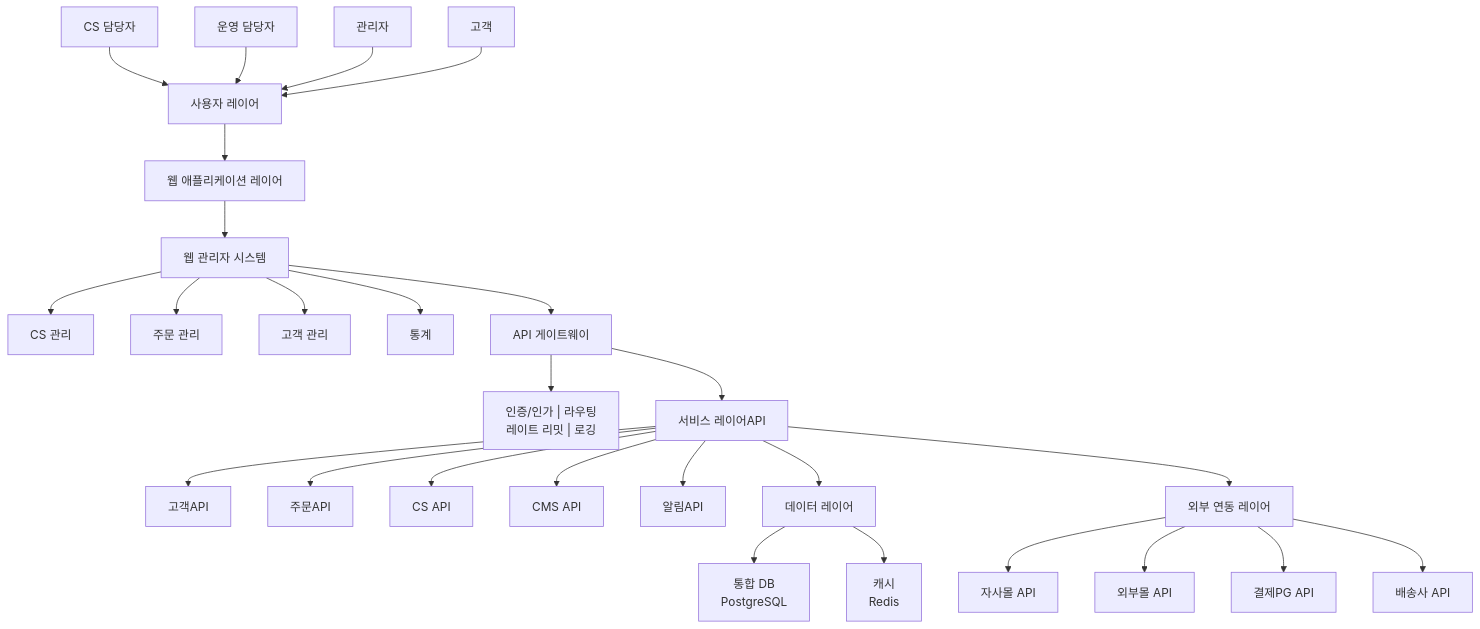
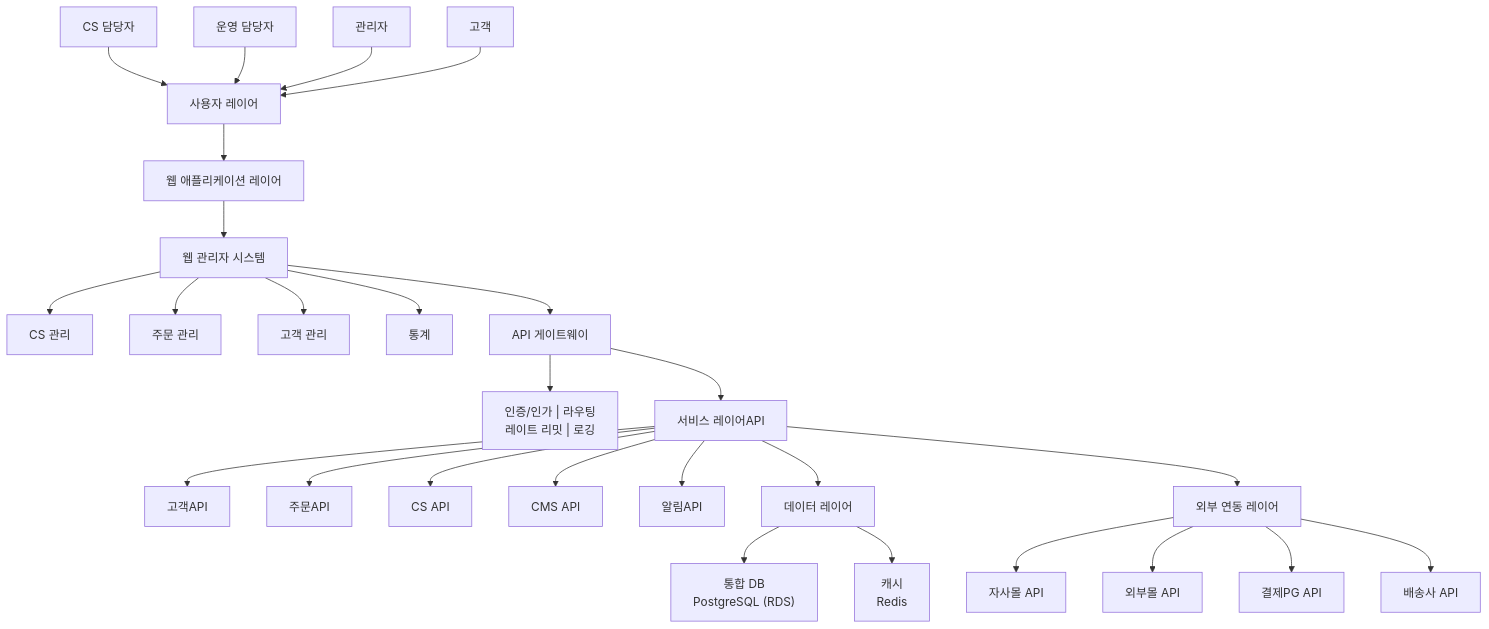
The first of 4 diagrams in src/content/docs/goodthinking-isp/04-design/web-architecture.md (sknkwoxs/manual-book), drawn with Mermaid before and after one commit. The commit also changed other lines of this file and 3 other files, not shown here.

Commit message:
docs(goodthinking-isp): MSSQL→PostgreSQL 전환, AWS 인프라 비용 산정 (Prod+Staging+Bastion, 전환기간 이중운영 포함)

````diff
--- a/src/content/docs/goodthinking-isp/04-design/web-architecture.md
+++ b/src/content/docs/goodthinking-isp/04-design/web-architecture.md
@@ -16,67 +16,67 @@
 ```mermaid
 graph TD
     Users["사용자 레이어"]
     CS["CS 담당자"]
     OP["운영 담당자"]
     ADMIN["관리자"]
     CUST["고객"]
     
     Web["웹 애플리케이션 레이어"]
     WebAdmin["웹 관리자 시스템"]
     CSM["CS 관리"]
     OM["주문 관리"]
     CM["고객 관리"]
     STAT["통계"]
     
     APIGW["API 게이트웨이"]
     APIGW_ITEMS["인증/인가 | 라우팅<br/>레이트 리밋 | 로깅"]
     
     Services["서비스 레이어API"]
     CustAPI["고객API"]
     OrderAPI["주문API"]
     CSAPI["CS API"]
     CMSAPI["CMS API"]
     NotifAPI["알림API"]
     
     Data["데이터 레이어"]
-    DB["통합 DB<br/>PostgreSQL"]
+    DB["통합 DB<br/>PostgreSQL (RDS)"]
     Cache["캐시<br/>Redis"]
     
     External["외부 연동 레이어"]
     OwnMall["자사몰 API"]
     ExtMall["외부몰 API"]
     PG["결제PG API"]
     Delivery["배송사 API"]
     
     CS --> Users
     OP --> Users
     ADMIN --> Users
     CUST --> Users
     
     Users --> Web
     Web --> WebAdmin
     WebAdmin --> CSM
     WebAdmin --> OM
     WebAdmin --> CM
     WebAdmin --> STAT
     
     WebAdmin --> APIGW
     APIGW --> APIGW_ITEMS
     
     APIGW --> Services
     Services --> CustAPI
     Services --> OrderAPI
     Services --> CSAPI
     Services --> CMSAPI
     Services --> NotifAPI
     
     Services --> Data
     Data --> DB
     Data --> Cache
     
     Services --> External
     External --> OwnMall
     External --> ExtMall
     External --> PG
     External --> Delivery
 ```
````
